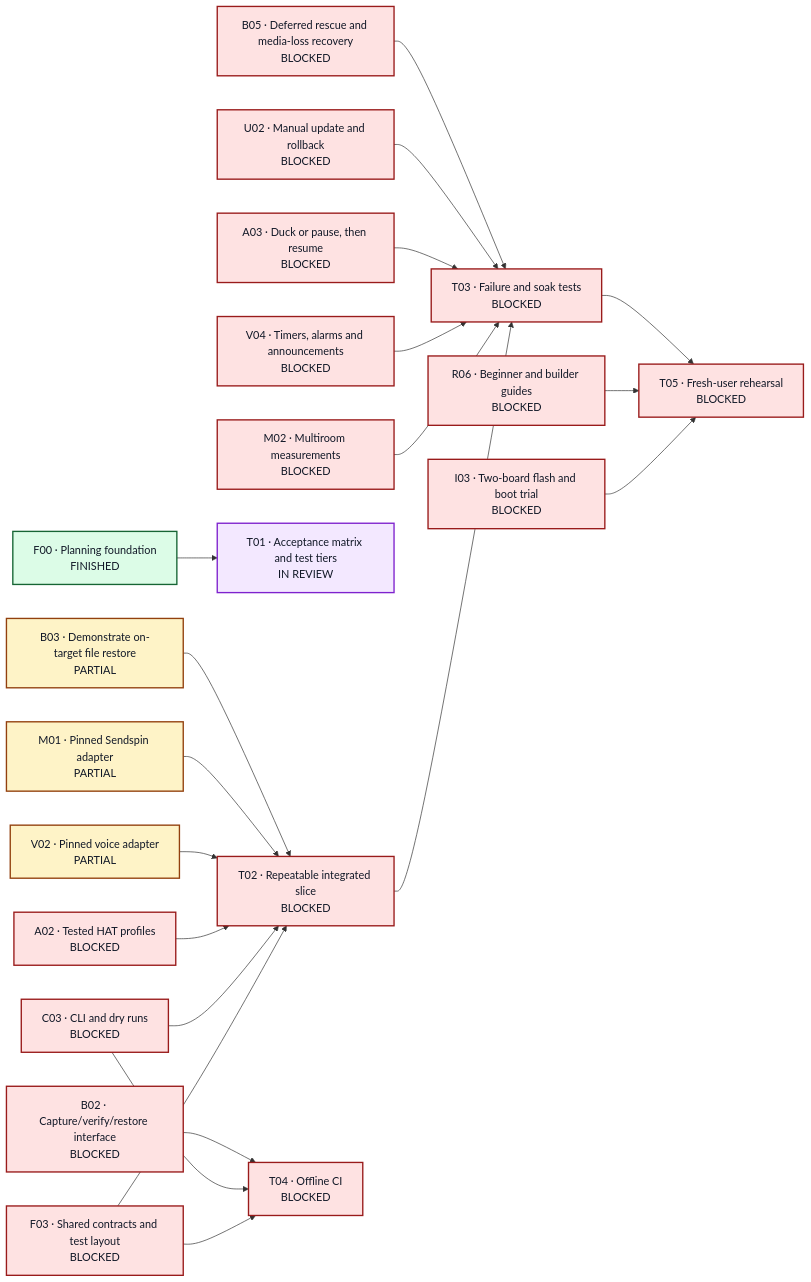
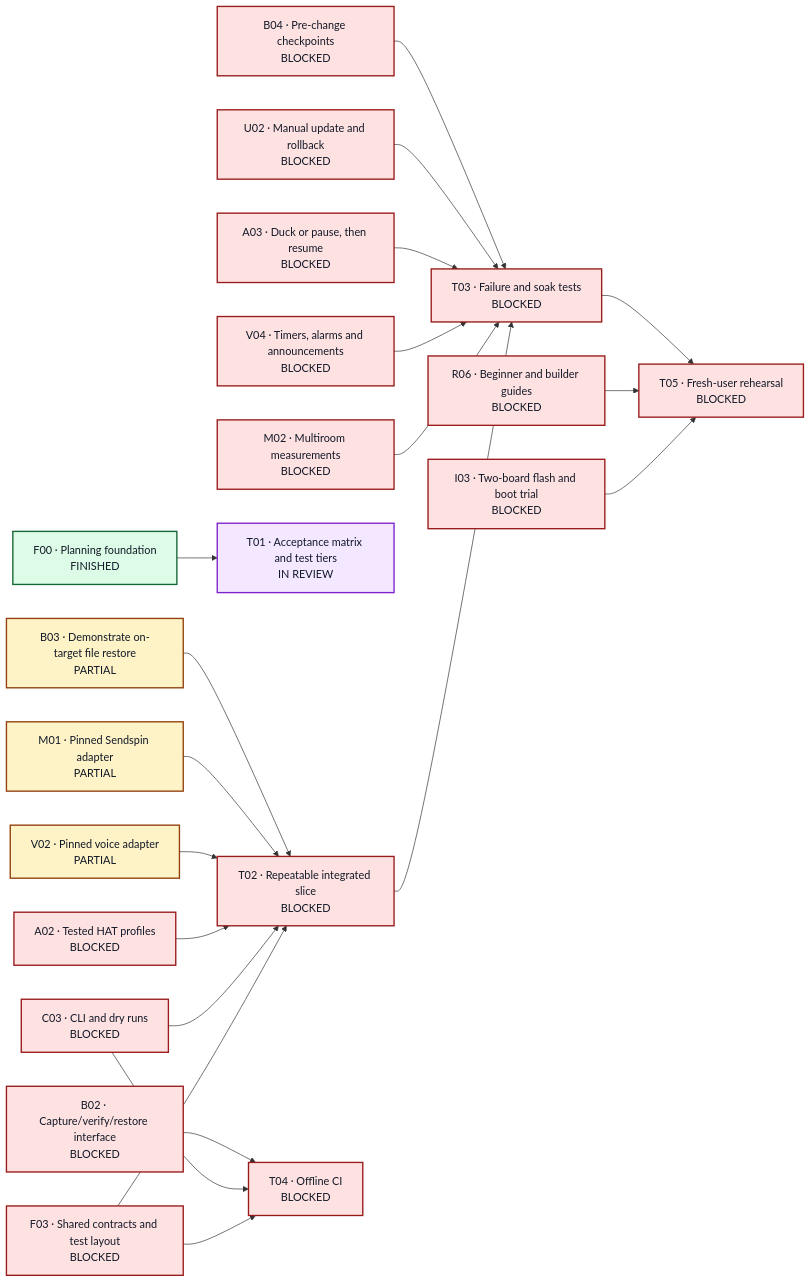
One commit to Joldiges/debra changed diagram 16 of 17 in docs/progress.md. Above: the diagram before and after it, drawn with Mermaid. The commit also changed other lines of this file and 2 other files, not shown here.

Commit message:
roadmap: stop T03 waiting on the deferred B05 export packet
T03's failure/soak suite listed B05 as a prerequisite, but B05 is explicitly
deferred and is about off-device export and dead-card rescue - work T03 does not
need. It now depends on B04 (snapshots and rollback) and says in its own row that
it does not gate on B05. The row still requires the record to state what recovery
does not guarantee, so this narrows a dependency rather than the evidence.

````diff
--- a/docs/progress.md
+++ b/docs/progress.md
@@ -807,48 +807,48 @@
 ```mermaid
 flowchart LR
     F00["F00 · Planning foundation<br/>FINISHED"]:::finished
     F03["F03 · Shared contracts and test layout<br/>BLOCKED"]:::blocked
     R06["R06 · Beginner and builder guides<br/>BLOCKED"]:::blocked
     C03["C03 · CLI and dry runs<br/>BLOCKED"]:::blocked
     A02["A02 · Tested HAT profiles<br/>BLOCKED"]:::blocked
     A03["A03 · Duck or pause, then resume<br/>BLOCKED"]:::blocked
     V02["V02 · Pinned voice adapter<br/>PARTIAL"]:::partial
     V04["V04 · Timers, alarms and announcements<br/>BLOCKED"]:::blocked
     M01["M01 · Pinned Sendspin adapter<br/>PARTIAL"]:::partial
     M02["M02 · Multiroom measurements<br/>BLOCKED"]:::blocked
     B02["B02 · Capture/verify/restore interface<br/>BLOCKED"]:::blocked
     B03["B03 · Demonstrate on-target file restore<br/>PARTIAL"]:::partial
-    B05["B05 · Deferred rescue and media-loss recovery<br/>BLOCKED"]:::blocked
+    B04["B04 · Pre-change checkpoints<br/>BLOCKED"]:::blocked
     U02["U02 · Manual update and rollback<br/>BLOCKED"]:::blocked
     I03["I03 · Two-board flash and boot trial<br/>BLOCKED"]:::blocked
     T01["T01 · Acceptance matrix and test tiers<br/>IN REVIEW"]:::review
     T02["T02 · Repeatable integrated slice<br/>BLOCKED"]:::blocked
     T03["T03 · Failure and soak tests<br/>BLOCKED"]:::blocked
     T04["T04 · Offline CI<br/>BLOCKED"]:::blocked
     T05["T05 · Fresh-user rehearsal<br/>BLOCKED"]:::blocked
     F00 --> T01
     F03 --> T02
     C03 --> T02
     A02 --> T02
     V02 --> T02
     M01 --> T02
     B03 --> T02
     T02 --> T03
     M02 --> T03
     V04 --> T03
     A03 --> T03
     U02 --> T03
-    B05 --> T03
+    B04 --> T03
     F03 --> T04
     C03 --> T04
     B02 --> T04
     I03 --> T05
     R06 --> T05
     T03 --> T05
     classDef finished fill:#dcfce7,stroke:#166534,color:#111827,stroke-width:2px;
     classDef running fill:#dbeafe,stroke:#1e40af,color:#111827,stroke-width:2px;
     classDef review fill:#f3e8ff,stroke:#7e22ce,color:#111827,stroke-width:2px;
     classDef partial fill:#fef3c7,stroke:#92400e,color:#111827,stroke-width:2px;
     classDef blocked fill:#fee2e2,stroke:#991b1b,color:#111827,stroke-width:2px;
     classDef untouched fill:#f1f5f9,stroke:#475569,color:#111827,stroke-width:2px;
 ```
````
